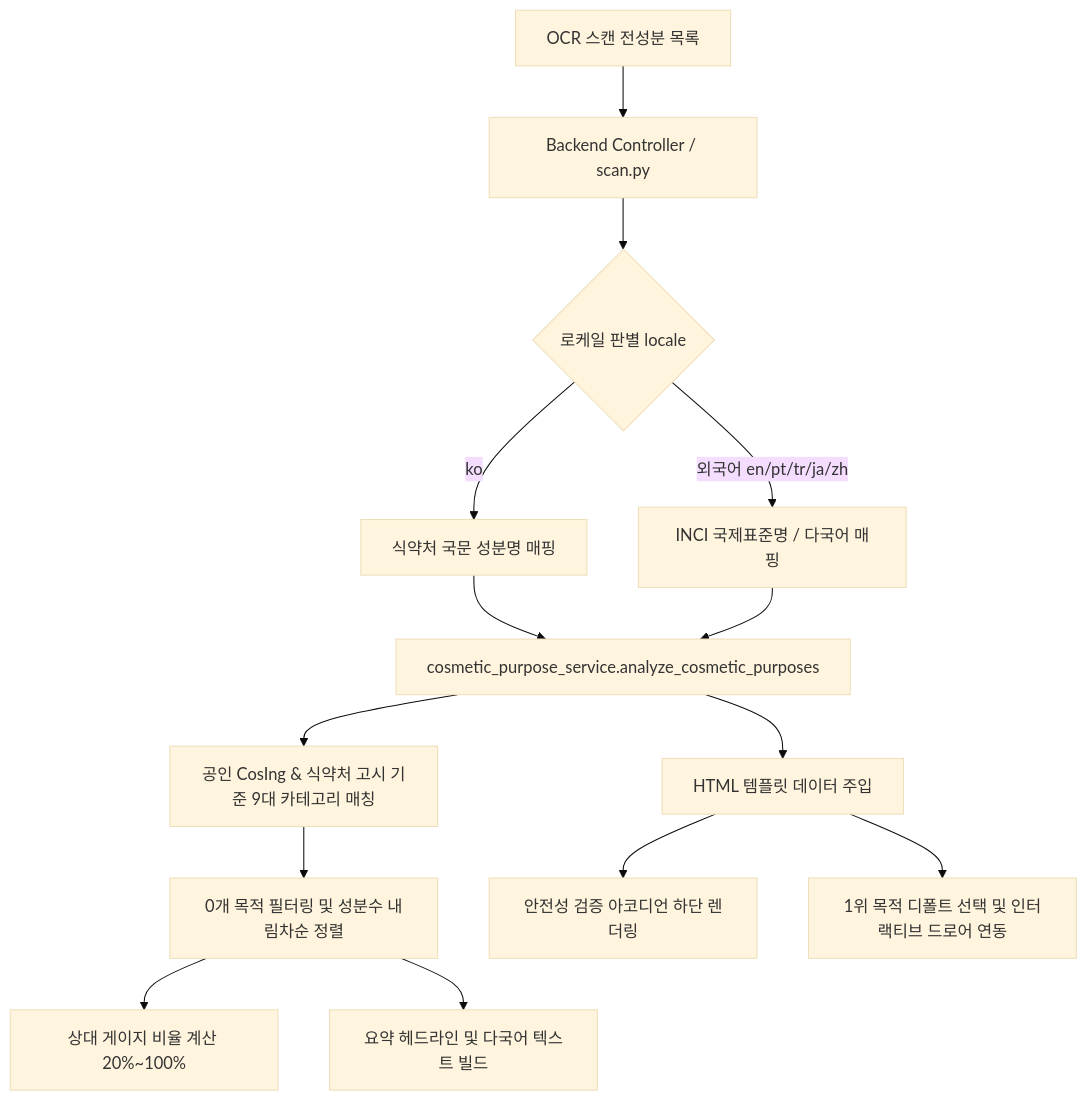
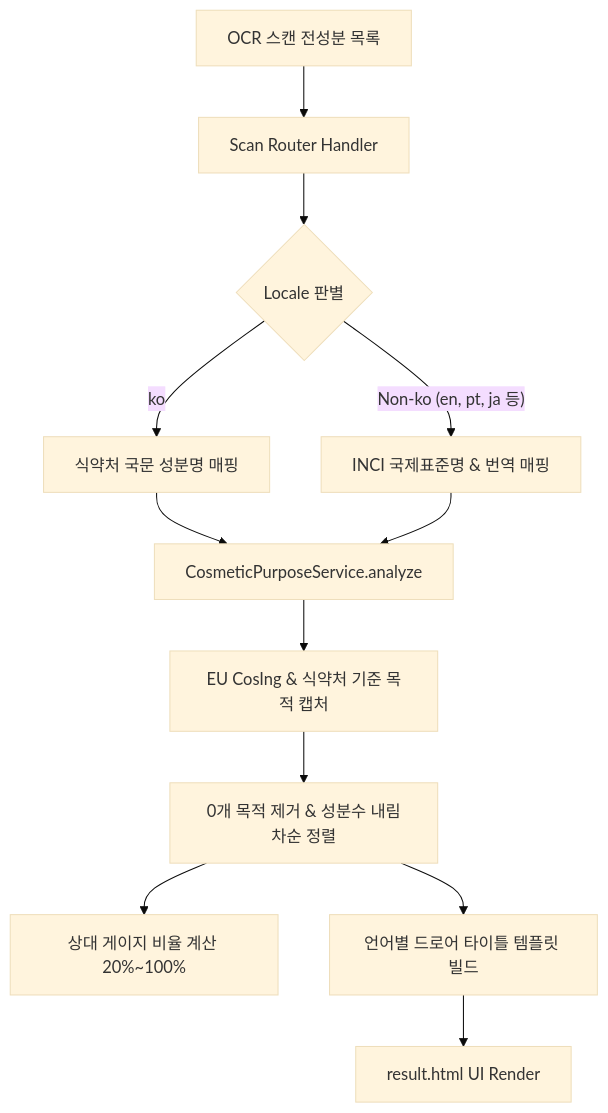
The diagram in content/posts/picksafe/2026-09-11-화장품-배합목적별-성분-분석-시각화-설계서.md (daniel-dataflow/daniel-dataflow.github.io), drawn with Mermaid (base theme) before and after one commit. The commit also changed other lines of this file and 64 other files, not shown here.

````diff
--- a/content/posts/picksafe/2026-09-11-화장품-배합목적별-성분-분석-시각화-설계서.md
+++ b/content/posts/picksafe/2026-09-11-화장품-배합목적별-성분-분석-시각화-설계서.md
@@ -77,16 +91,14 @@
 ```mermaid
 flowchart TD
-    A[OCR 스캔 전성분 목록] --> B[Backend Controller / scan.py]
-    B --> C{로케일 판별 locale}
+    A[OCR 스캔 전성분 목록] --> B[Scan Router Handler]
+    B --> C{Locale 판별}
     C -- ko --> D[식약처 국문 성분명 매핑]
-    C -- 외국어 en/pt/tr/ja/zh --> E[INCI 국제표준명 / 다국어 매핑]
-    D --> F[cosmetic_purpose_service.analyze_cosmetic_purposes]
+    C -- Non-ko (en, pt, ja 등) --> E[INCI 국제표준명 & 번역 매핑]
+    D --> F[CosmeticPurposeService.analyze]
     E --> F
-    F --> G[공인 CosIng & 식약처 고시 기준 9대 카테고리 매칭]
-    G --> H[0개 목적 필터링 및 성분수 내림차순 정렬]
+    F --> G[EU CosIng & 식약처 기준 목적 캡처]
+    G --> H[0개 목적 제거 & 성분수 내림차순 정렬]
     H --> I[상대 게이지 비율 계산 20%~100%]
-    H --> J[요약 헤드라인 및 다국어 텍스트 빌드]
-    F --> K[HTML 템플릿 데이터 주입]
-    K --> L[안전성 검증 아코디언 하단 렌더링]
-    K --> M[1위 목적 디폴트 선택 및 인터랙티브 드로어 연동]
+    H --> J[언어별 드로어 타이틀 템플릿 빌드]
+    J --> K[result.html UI Render]
 ```
````
